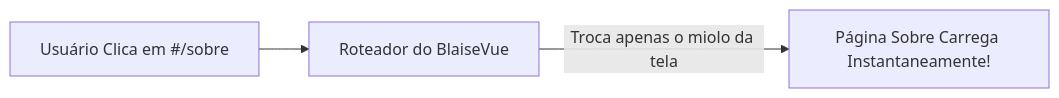
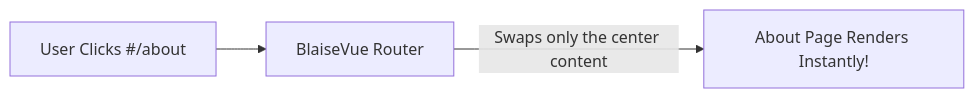
Before and after one commit to affonsoelias/BlaiseVue: the diagram in doc/Course/08-routing.md, drawn with Mermaid. The commit also changed other lines of this file and 13 other files, not shown here.

````diff
--- a/doc/Course/08-routing.md
+++ b/doc/Course/08-routing.md
@@ -19,5 +19,5 @@
 ```mermaid
 flowchart LR
-    A["Usuário Clica em #/sobre"] --> B["Roteador do BlaiseVue"]
-    B -->|Troca apenas o miolo da tela| C["Página Sobre Carrega Instantaneamente!"]
+    A["User Clicks #/about"] --> B["BlaiseVue Router"]
+    B -->|Swaps only the center content| C["About Page Renders Instantly!"]
 ```
````
